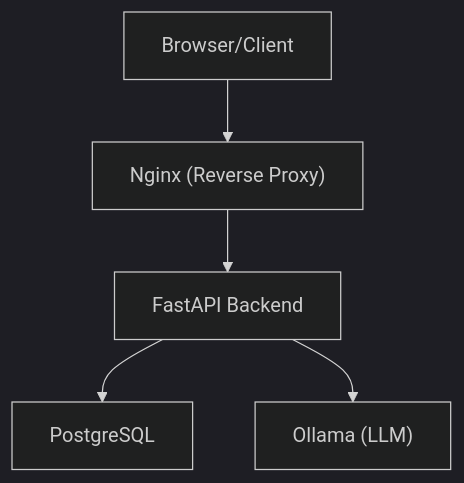
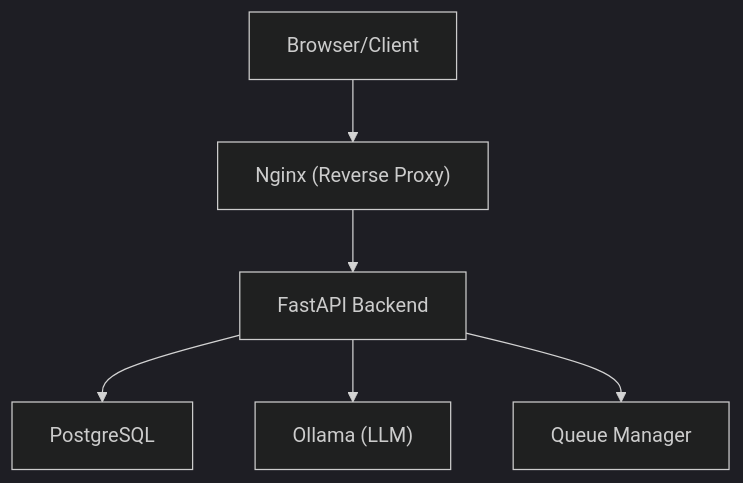
One commit to Revanththetalogics/aireume changed the second of 5 diagrams in .qoder/repowiki/en/content/Advanced Topics/Scaling Considerations.md. Above: the diagram before and after it, drawn with Mermaid (dark theme). The commit also changed other lines of this file and 6 other files, not shown here.

````diff
--- a/.qoder/repowiki/en/content/Advanced Topics/Scaling Considerations.md
+++ b/.qoder/repowiki/en/content/Advanced Topics/Scaling Considerations.md
@@ -91,12 +105,14 @@
 ```mermaid
 graph TB
 Client["Browser/Client"]
 NGINX["Nginx (Reverse Proxy)"]
 BACKEND["FastAPI Backend"]
 DB["PostgreSQL"]
 LLM["Ollama (LLM)"]
+QUEUE["Queue Manager"]
 Client --> NGINX
 NGINX --> BACKEND
 BACKEND --> DB
 BACKEND --> LLM
+BACKEND --> QUEUE
 ```
````
